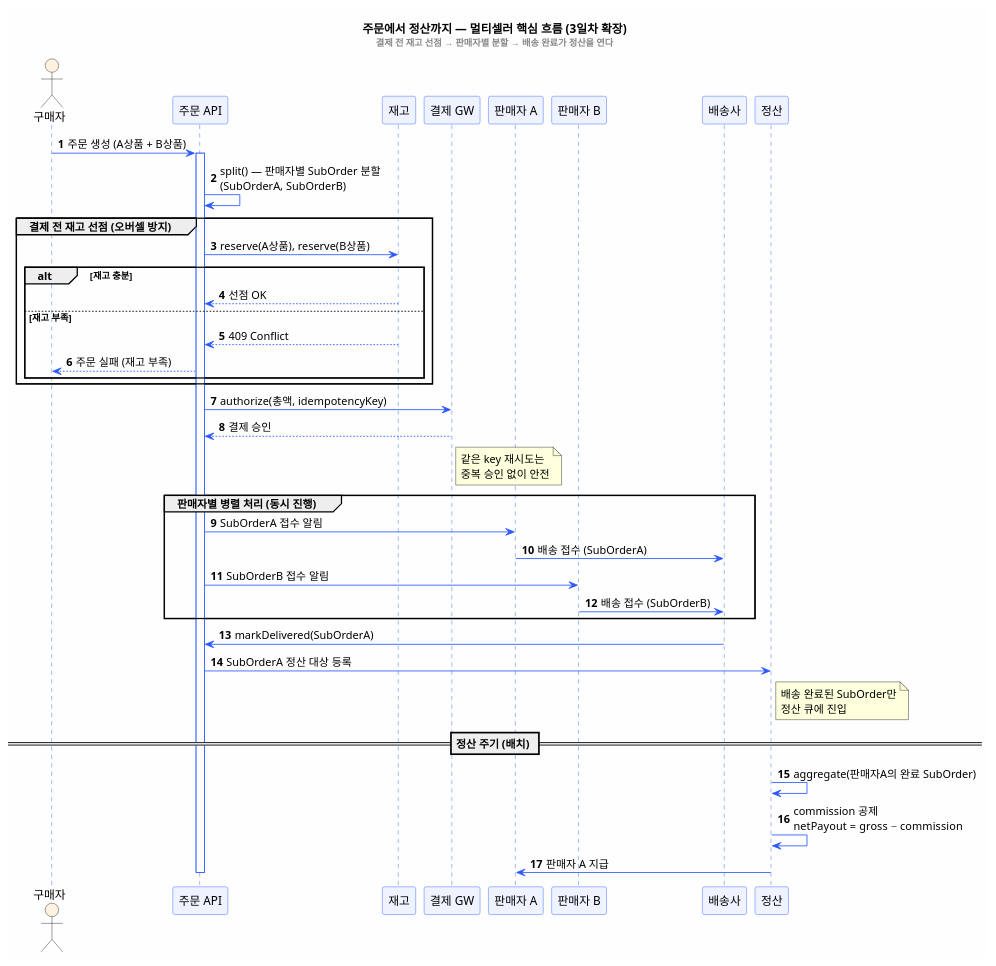
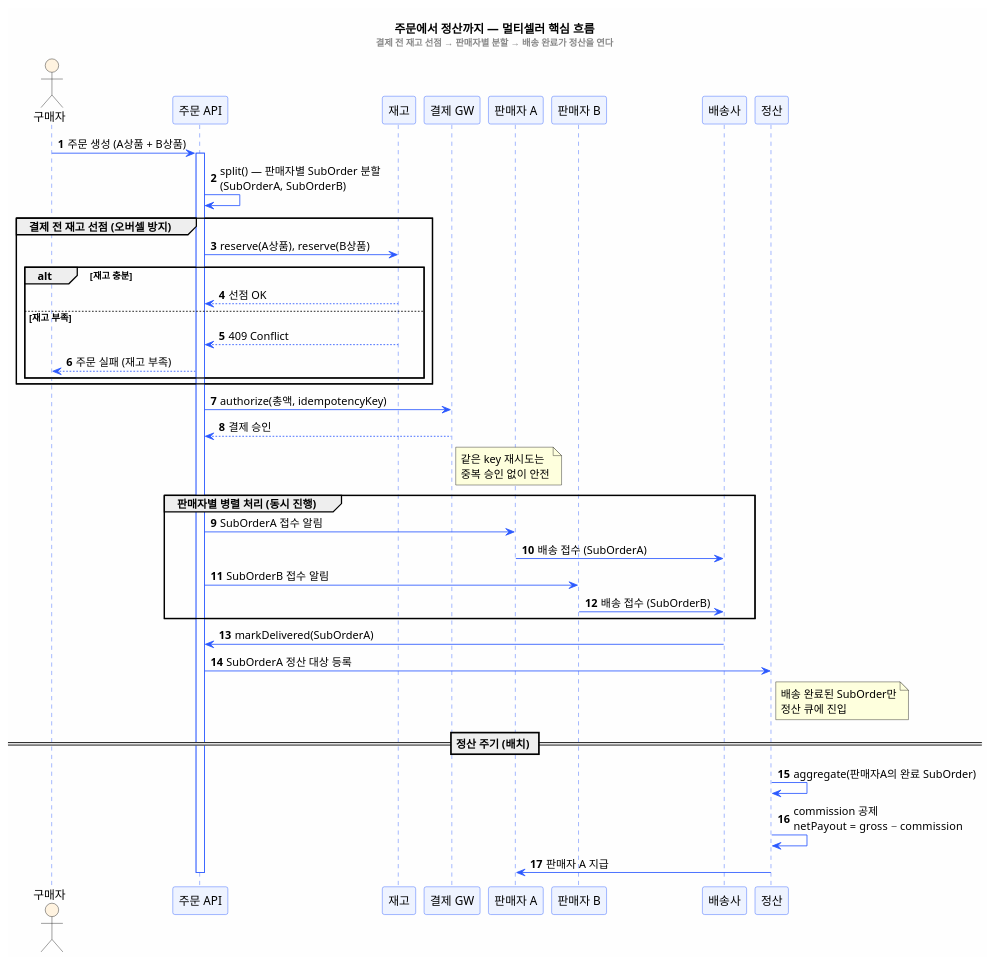
The diagram in courses/software-design-with-spec-kit/labs/speckit-ecommerce-fullscale/design/diagrams/sequence-order-to-settlement.puml (kosta-ai-lab/ai-native-sdlc), drawn with PlantUML before and after one commit. The commit also changed 98 other files, not shown here.

```diff
--- a/courses/software-design-with-spec-kit/labs/speckit-ecommerce-fullscale/design/diagrams/sequence-order-to-settlement.puml
+++ b/courses/software-design-with-spec-kit/labs/speckit-ecommerce-fullscale/design/diagrams/sequence-order-to-settlement.puml
@@ -1,58 +1,58 @@
 @startuml sequence-order-to-settlement
 autonumber
 skinparam backgroundColor #FEFEFE
 skinparam shadowing false
 skinparam sequence {
   ArrowColor #2b59ff
   LifeLineBorderColor #2b59ff
   ParticipantBackgroundColor #EEF3FF
   ParticipantBorderColor #2b59ff
   ActorBackgroundColor #FFF3E0
 }
-title 주문에서 정산까지 — 멀티셀러 핵심 흐름 (3일차 확장)\n<size:11><color:#888>결제 전 재고 선점 → 판매자별 분할 → 배송 완료가 정산을 연다</color></size>
+title 주문에서 정산까지 — 멀티셀러 핵심 흐름\n<size:11><color:#888>결제 전 재고 선점 → 판매자별 분할 → 배송 완료가 정산을 연다</color></size>
 
 actor 구매자 as Buyer
 participant "주문 API" as API
 participant "재고" as Inv
 participant "결제 GW" as PG
 participant "판매자 A" as SA
 participant "판매자 B" as SB
 participant "배송사" as Carrier
 participant "정산" as Settle
 
 Buyer -> API : 주문 생성 (A상품 + B상품)
 activate API
 API -> API : split() — 판매자별 SubOrder 분할\n(SubOrderA, SubOrderB)
 
 group 결제 전 재고 선점 (오버셀 방지)
   API -> Inv : reserve(A상품), reserve(B상품)
   alt 재고 충분
     Inv --> API : 선점 OK
   else 재고 부족
     Inv --> API : 409 Conflict
     API --> Buyer : 주문 실패 (재고 부족)
   end
 end
 
 API -> PG : authorize(총액, idempotencyKey)
 PG --> API : 결제 승인
 note right of PG : 같은 key 재시도는\n중복 승인 없이 안전
 
 group 판매자별 병렬 처리 (동시 진행)
   API -> SA : SubOrderA 접수 알림
   SA -> Carrier : 배송 접수 (SubOrderA)
   API -> SB : SubOrderB 접수 알림
   SB -> Carrier : 배송 접수 (SubOrderB)
 end
 
 Carrier -> API : markDelivered(SubOrderA)
 API -> Settle : SubOrderA 정산 대상 등록
 note right of Settle : 배송 완료된 SubOrder만\n정산 큐에 진입
 
 == 정산 주기 (배치) ==
 Settle -> Settle : aggregate(판매자A의 완료 SubOrder)
 Settle -> Settle : commission 공제\nnetPayout = gross − commission
 Settle -> SA : 판매자 A 지급
 deactivate API
 
 @enduml
```
